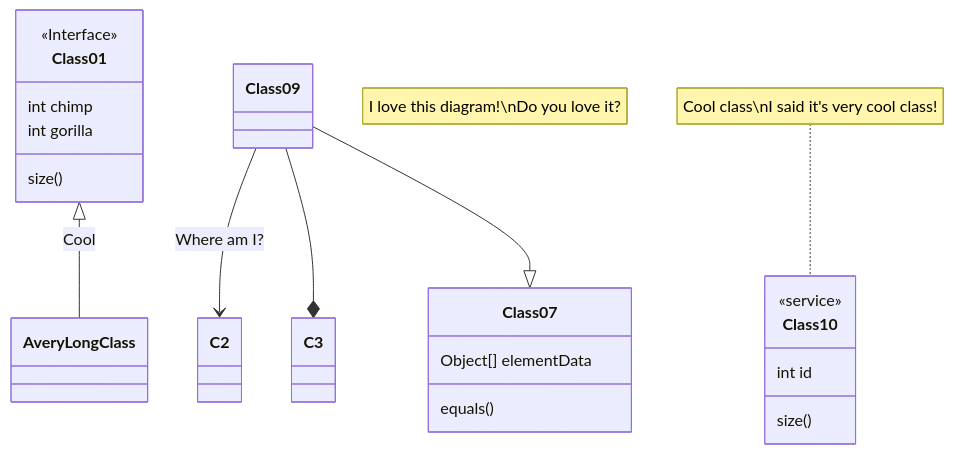
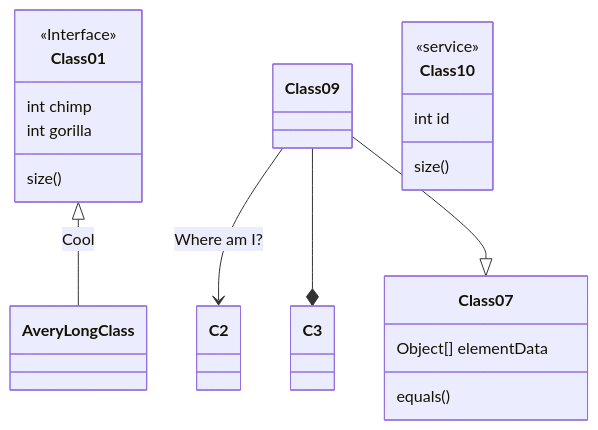
The fourth of 8 diagrams in README.md (mermaid-js/mermaid), drawn with Mermaid before and after one commit.

Commit message:
Ensure example code and rendered output are synced

````diff
--- a/README.md
+++ b/README.md
@@ -160,20 +160,18 @@
 ```mermaid
 classDiagram
 Class01 <|-- AveryLongClass : Cool
 <<Interface>> Class01
 Class09 --> C2 : Where am I?
 Class09 --* C3
 Class09 --|> Class07
-note "I love this diagram!\nDo you love it?"
 Class07 : equals()
 Class07 : Object[] elementData
 Class01 : size()
 Class01 : int chimp
 Class01 : int gorilla
 class Class10 {
   <<service>>
   int id
   size()
 }
-note for Class10 "Cool class\nI said it's very cool class!"
 ```
````
